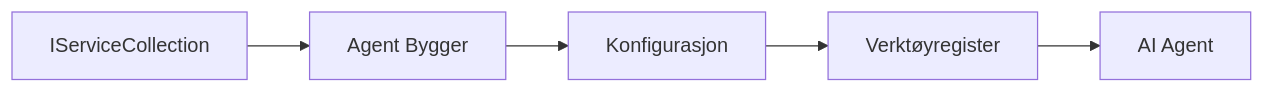
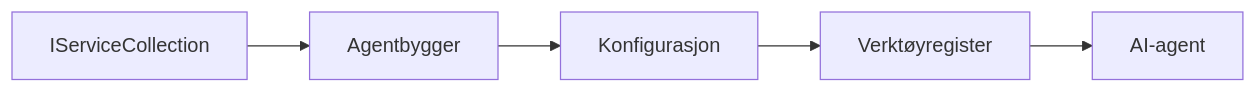
The diagram in translations/no/03-agentic-design-patterns/code_samples/03-dotnet-agent-framework.md (venturemavenwill/azureaifundamentals), drawn with Mermaid before and after one commit. The commit also changed other lines of this file and 2002 other files, not shown here.

````diff
--- a/translations/no/03-agentic-design-patterns/code_samples/03-dotnet-agent-framework.md
+++ b/translations/no/03-agentic-design-patterns/code_samples/03-dotnet-agent-framework.md
@@ -41,7 +41,7 @@
 ```mermaid
 graph LR
-    A[IServiceCollection] --> B[Agent Bygger]
+    A[IServiceCollection] --> B[Agentbygger]
     B --> C[Konfigurasjon]
     C --> D[Verktøyregister]
-    D --> E[AI Agent]
+    D --> E[AI-agent]
 ```
````
